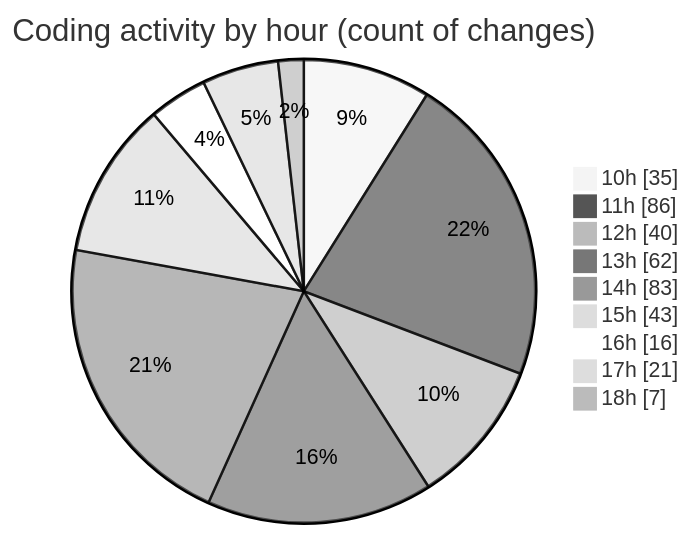
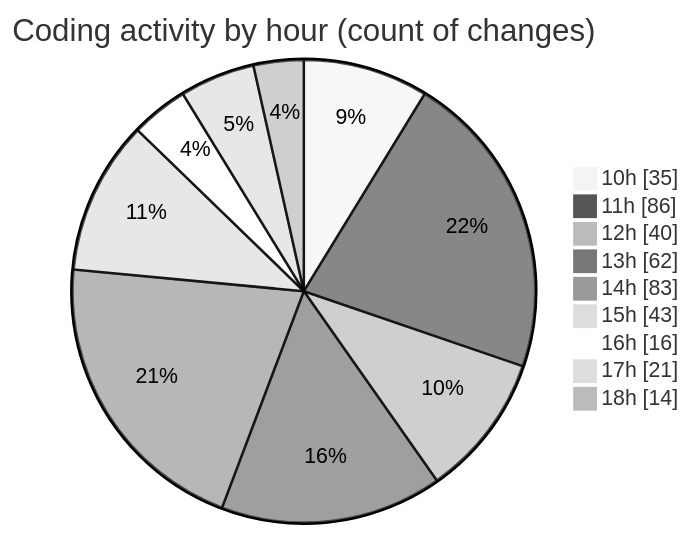
One commit to momahboobian/code-tracking changed the second of 2 diagrams in 2025-03-28/cda/README.md. Above: the diagram before and after it, drawn with Mermaid (neutral theme). The commit also changed other lines of this file and 1 other file, not shown here.

````diff
--- a/2025-03-28/cda/README.md
+++ b/2025-03-28/cda/README.md
@@ -46,13 +46,13 @@
 ```mermaid
 pie showData
 title Coding activity by hour (count of changes)
 "10h" : 35
 "11h" : 86
 "12h" : 40
 "13h" : 62
 "14h" : 83
 "15h" : 43
 "16h" : 16
 "17h" : 21
-"18h" : 7
+"18h" : 14
 ```
````
